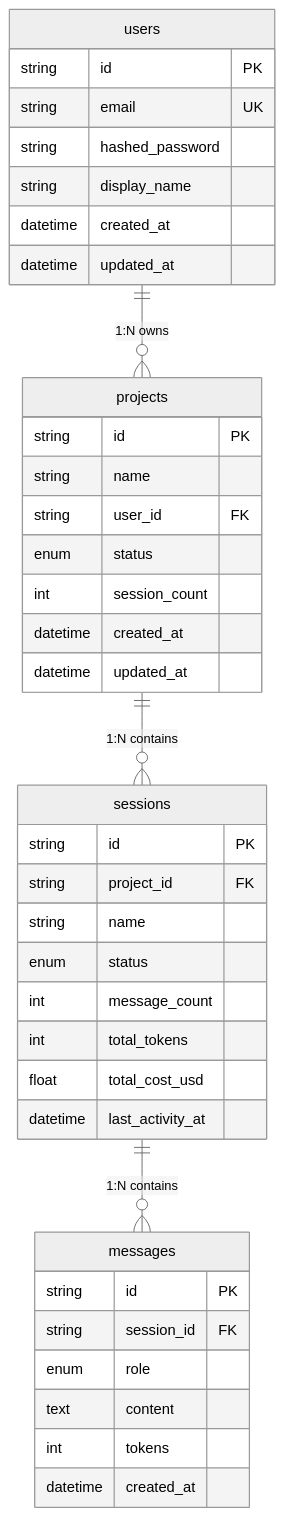
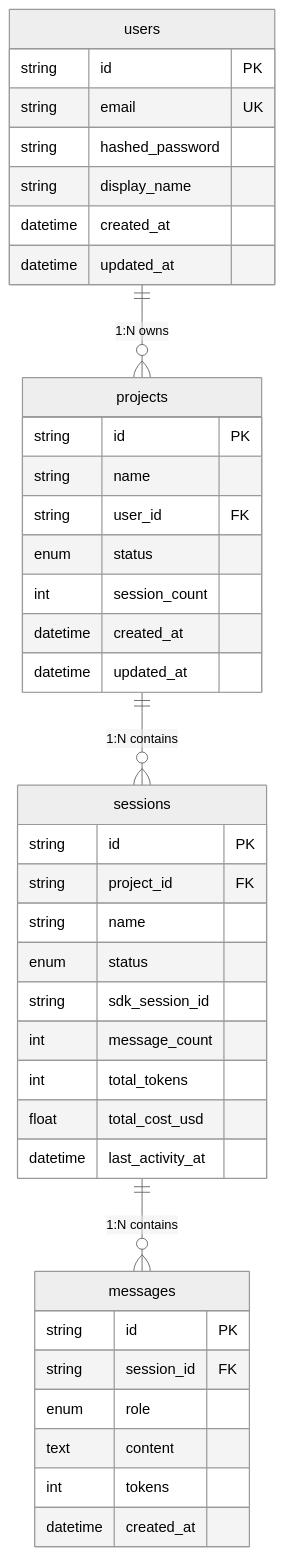
Before and after one commit to thirai-classlab/Claude-Code-Cloud: the fourth of 27 diagrams in doc/database-design.md, drawn with Mermaid (neutral theme). The commit also changed other lines of this file and 10 other files, not shown here.

````diff
--- a/doc/database-design.md
+++ b/doc/database-design.md
@@ -284,45 +285,46 @@
 ```mermaid
 erDiagram
     users ||--o{ projects : "1:N owns"
     projects ||--o{ sessions : "1:N contains"
     sessions ||--o{ messages : "1:N contains"
 
     users {
         string id PK
         string email UK
         string hashed_password
         string display_name
         datetime created_at
         datetime updated_at
     }
 
     projects {
         string id PK
         string name
         string user_id FK
         enum status
         int session_count
         datetime created_at
         datetime updated_at
     }
 
     sessions {
         string id PK
         string project_id FK
         string name
         enum status
+        string sdk_session_id
         int message_count
         int total_tokens
         float total_cost_usd
         datetime last_activity_at
     }
 
     messages {
         string id PK
         string session_id FK
         enum role
         text content
         int tokens
         datetime created_at
     }
 ```
````
